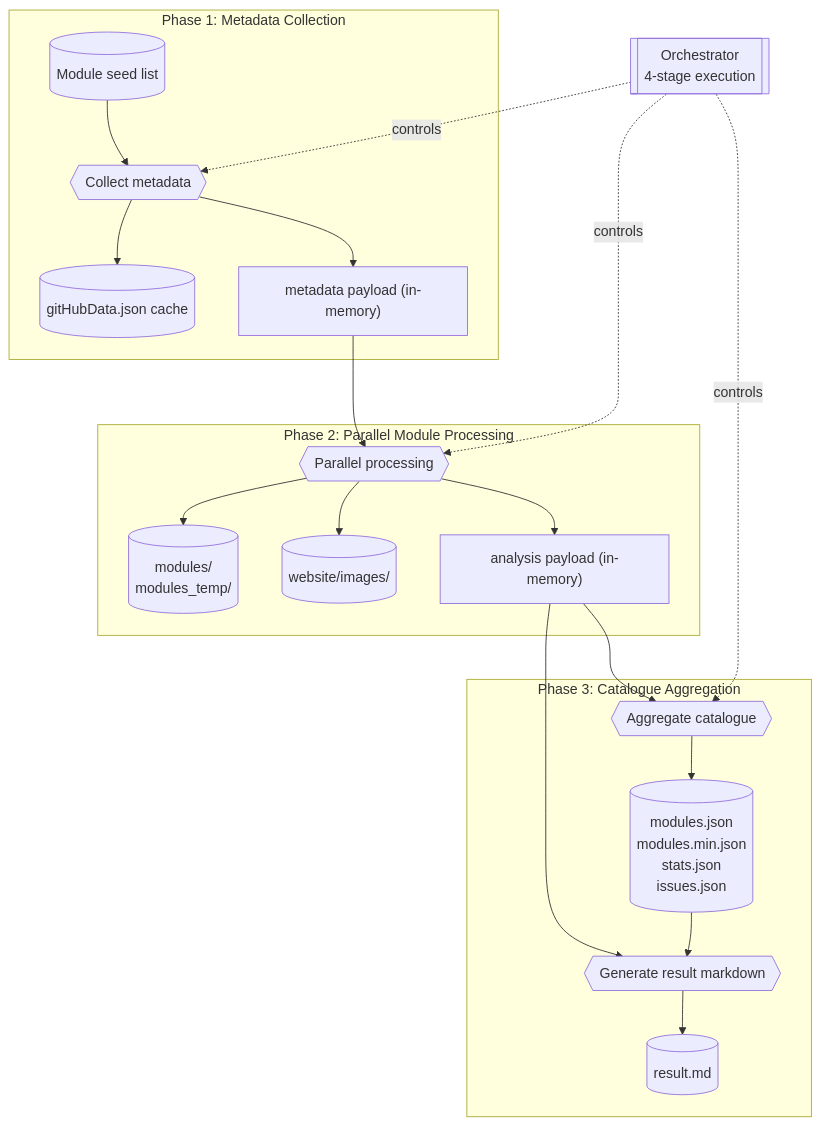
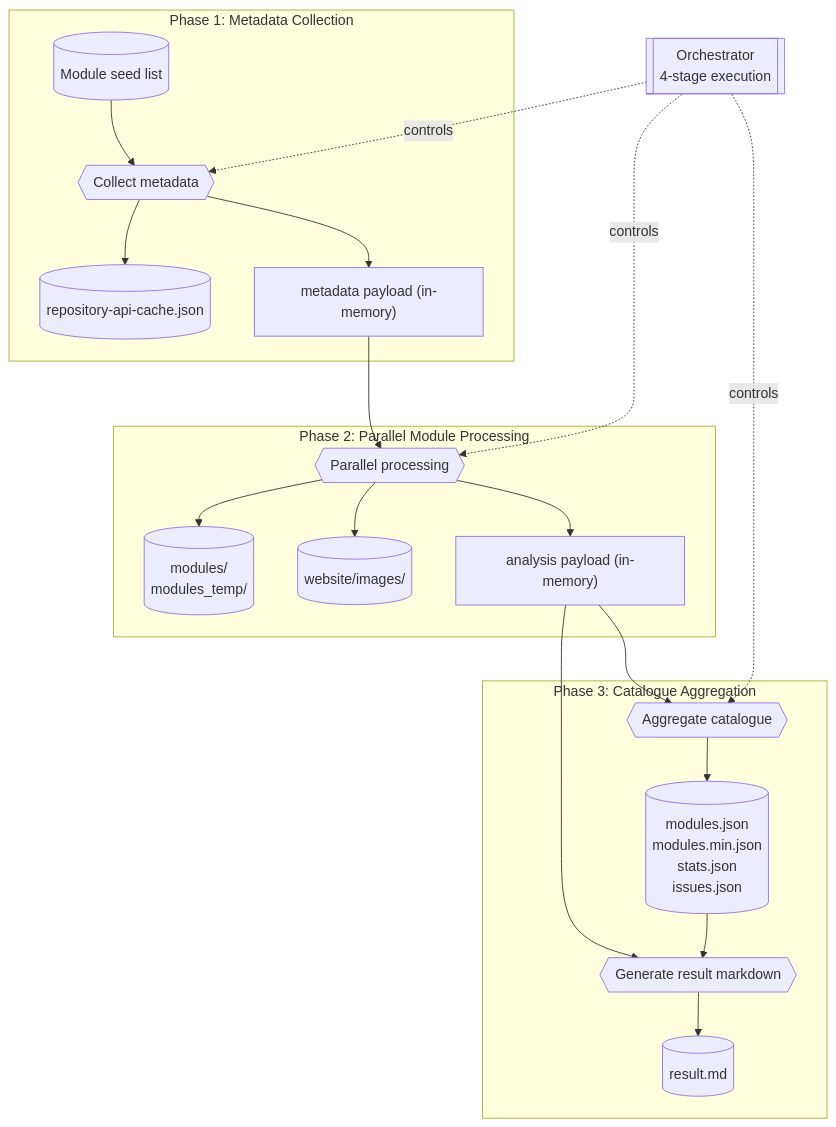
Before and after one commit to MagicMirrorOrg/MagicMirror-3rd-Party-Modules: the first of 3 diagrams in docs/architecture.md, drawn with Mermaid. The commit also changed other lines of this file and 9 other files, not shown here.

````diff
--- a/docs/architecture.md
+++ b/docs/architecture.md
@@ -20,29 +20,29 @@
 ```mermaid
 flowchart TB
   orchestrator[[Orchestrator<br>4-stage execution]]
 
   subgraph Phase 1: Metadata Collection
     seed[("Module seed list")] --> collect{{Collect metadata}}
-    collect --> cache[("gitHubData.json cache")]
+    collect --> cache[("repository-api-cache.json")]
     collect --> metadata["metadata payload (in-memory)"]
   end
 
   subgraph Phase 2: Parallel Module Processing
     metadata --> parallel{{Parallel processing}}
     parallel --> clones[("modules/<br>modules_temp/")]
     parallel --> images[("website/images/")]
     parallel --> analysisPayload["analysis payload (in-memory)"]
   end
 
   subgraph Phase 3: Catalogue Aggregation
     analysisPayload --> aggregate{{Aggregate catalogue}}
     aggregate --> outputs[("modules.json<br>modules.min.json<br>stats.json<br>issues.json")]
     analysisPayload --> result{{Generate result markdown}}
     outputs --> result
     result --> resultMd[("result.md")]
   end
 
   orchestrator -.controls.-> collect
   orchestrator -.controls.-> parallel
   orchestrator -.controls.-> aggregate
 ```
````
